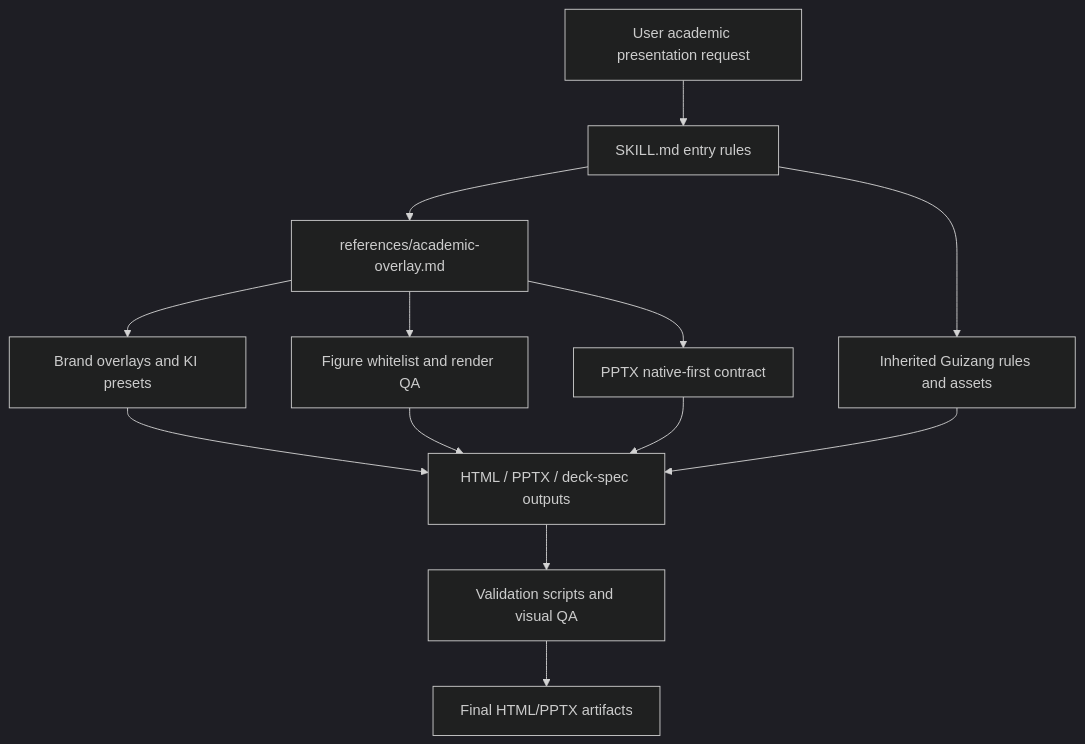
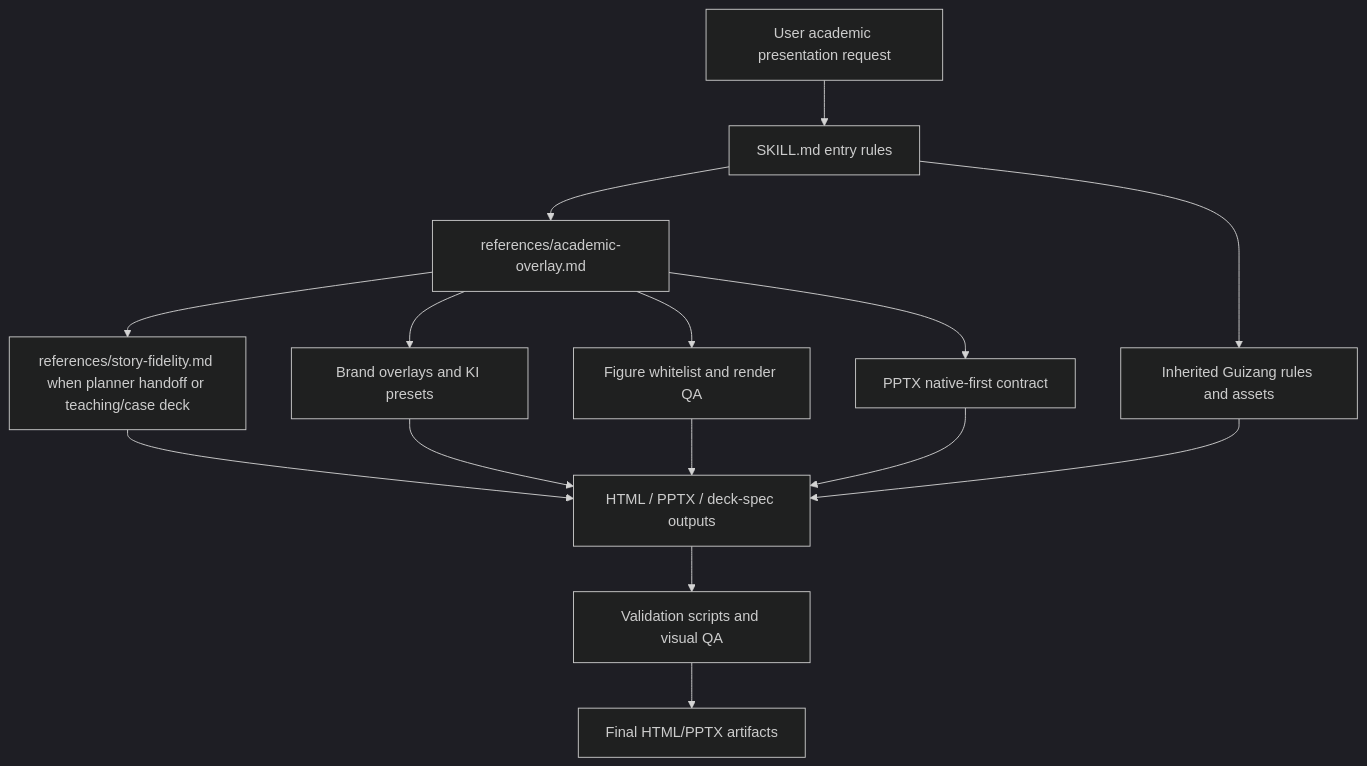
The diagram in ARCHITECTURE.md (yihan-hu/yihan-hu-academic-ppt), drawn with Mermaid (dark theme) before and after one commit. The commit also changed other lines of this file and 5 other files, not shown here.

Commit message:
Preserve teaching story and case fidelity

````diff
--- a/ARCHITECTURE.md
+++ b/ARCHITECTURE.md
@@ -3,18 +3,20 @@
 ```mermaid
 flowchart TD
   User[User academic presentation request] --> Entry[SKILL.md entry rules]
   Entry --> Overlay[references/academic-overlay.md]
   Entry --> Guizang[Inherited Guizang rules and assets]
 
+  Overlay --> Story[references/story-fidelity.md when planner handoff or teaching/case deck]
   Overlay --> Brand[Brand overlays and KI presets]
   Overlay --> Figures[Figure whitelist and render QA]
   Overlay --> Native[PPTX native-first contract]
 
-  Brand --> Outputs[HTML / PPTX / deck-spec outputs]
+  Story --> Outputs[HTML / PPTX / deck-spec outputs]
+  Brand --> Outputs
   Figures --> Outputs
   Native --> Outputs
   Guizang --> Outputs
 
   Outputs --> QA[Validation scripts and visual QA]
   QA --> Deliverables[Final HTML/PPTX artifacts]
 ```
````
